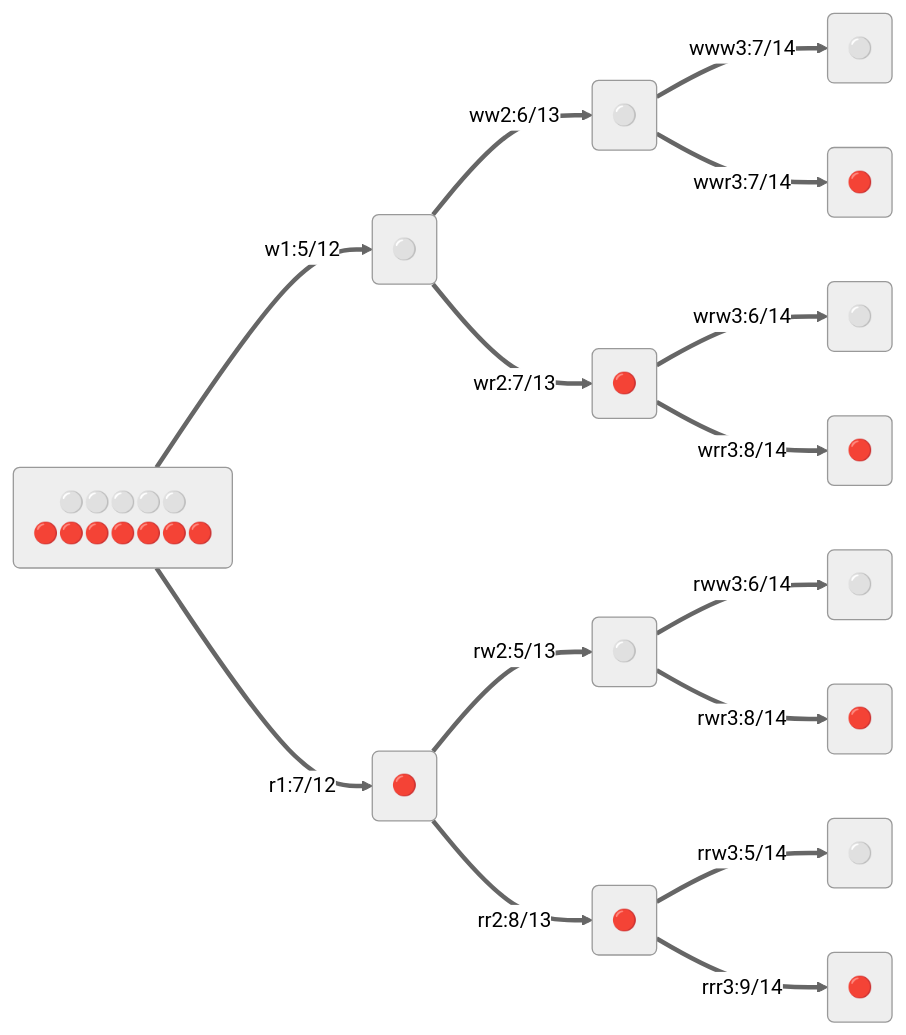
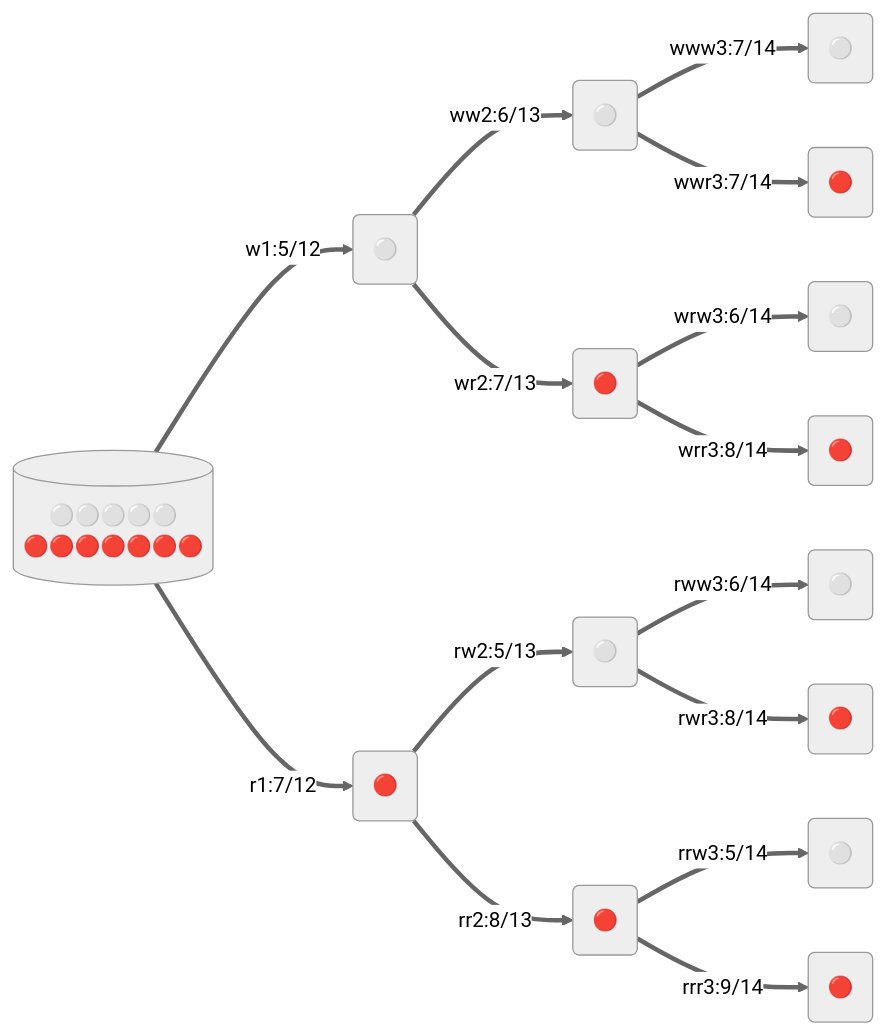
Before and after one commit to math4mad/conditional-prob-exercise: the diagram in exercises/afcp-ex3.40.qmd, drawn with Mermaid (neutral theme). The commit also changed 2 other files, not shown here.

Commit message:
ex3.40 modify jar
ex3.40 modify jar

````diff
--- a/exercises/afcp-ex3.40.qmd
+++ b/exercises/afcp-ex3.40.qmd
@@ -13,20 +13,21 @@
 ```{mermaid}
+
 flowchart LR
-    A("⚪️⚪️⚪️⚪️⚪️\n🔴🔴🔴🔴🔴🔴🔴")==w1:5/12==>B("⚪️")
-    A("⚪️⚪️⚪️⚪️⚪️\n🔴🔴🔴🔴🔴🔴🔴")==r1:7/12==>C("🔴")
+    A[("⚪️⚪️⚪️⚪️⚪️\n🔴🔴🔴🔴🔴🔴🔴")]==w1:5/12==>B("⚪️")
+    A[("⚪️⚪️⚪️⚪️⚪️\n🔴🔴🔴🔴🔴🔴🔴")]==r1:7/12==>C("🔴")
     B("⚪️")==ww2:6/13==>D("⚪️")
     B("⚪️")==wr2:7/13==>F("🔴")
     C("🔴")==rw2:5/13==>G("⚪️")
     C("🔴")==rr2:8/13==>H("🔴")
     D("⚪️")==www3:7/14==>I("⚪️")
     D("⚪️")==wwr3:7/14==>J("🔴")
     F("🔴")==wrw3:6/14==>L("⚪️")
     F("🔴")==wrr3:8/14==>M("🔴")
 
     G("⚪️")==rww3:6/14==>N("⚪️")
     G("⚪️")==rwr3:8/14==>O("🔴")
 
     H("🔴")==rrw3:5/14==>P("⚪️")
     H("🔴")==rrr3:9/14==>Q("🔴")
    
 ```
````
